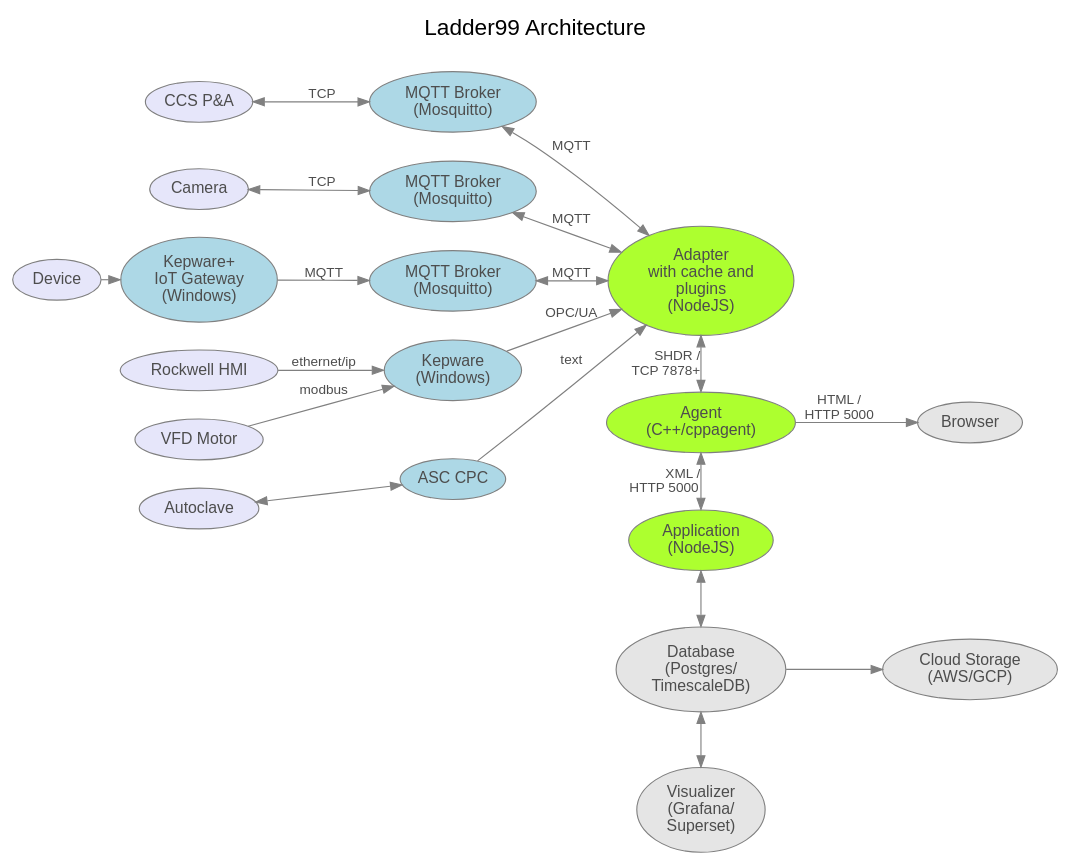
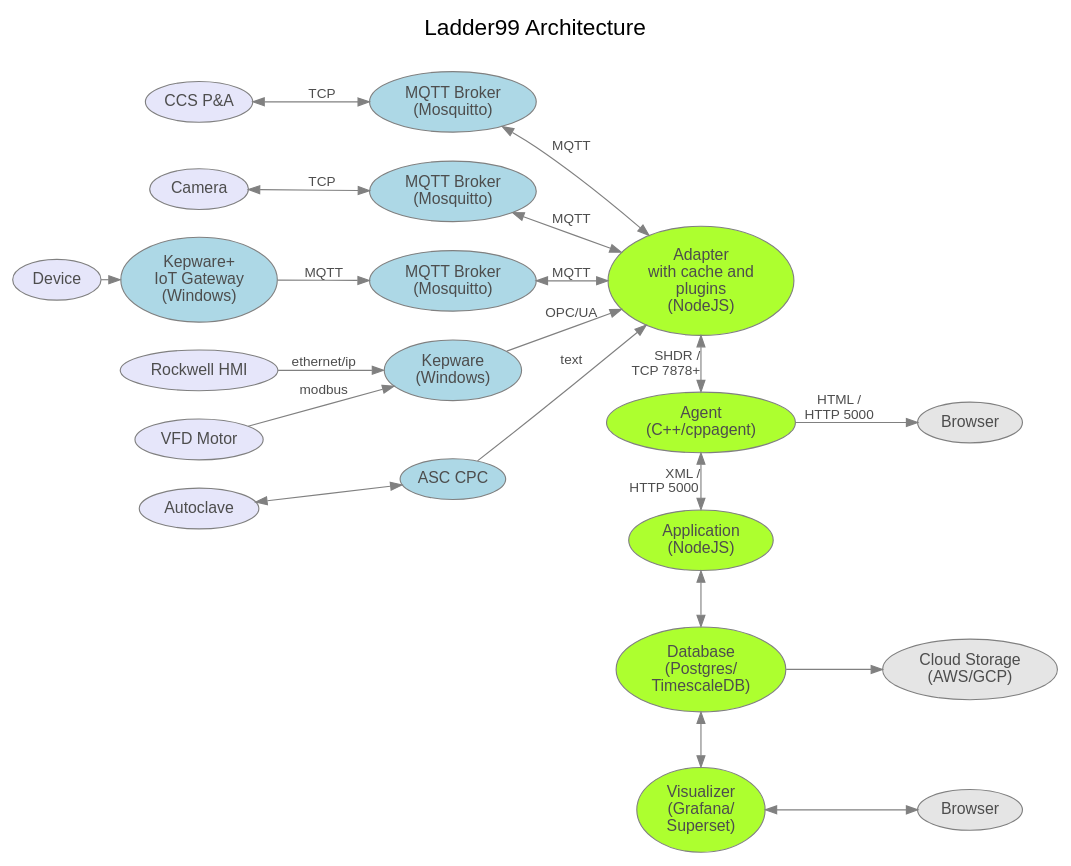
The diagram in design/architecture.dot (Ladder99/ladder99), drawn with Graphviz before and after one commit. The commit also changed 3 other files, not shown here.

```diff
--- a/design/architecture.dot
+++ b/design/architecture.dot
@@ -1,110 +1,111 @@
 // graphviz diagram
 // colors https://www.graphviz.org/doc/info/colors.html
 
 digraph {
 
   //------------------------------------------------------------------------
   // styles
   //------------------------------------------------------------------------
 
   graph [ label="Ladder99 Architecture\n ", color=lightgray; ];
   graph [ fontsize=20 ];
   graph [ labelloc=t ];
   graph [ ranksep=0.2 ];
   graph [ nodesep=0.35 ];
   graph [ rankdir=LR; ] // left-to-right
   graph [ fontname="sans-serif" ];
 
   node [ color=gray, fillcolor=white, style=filled ];
   node [ fontname="sans-serif", fontcolor=gray30 ];
 
   edge [ color=gray ];
   edge [ fontsize=12, fontcolor=gray30 ];
   edge [ fontname="sans-serif" ];
 
 
   //------------------------------------------------------------------------
   // nodes
   //------------------------------------------------------------------------
 
   // devices
   PA [ fillcolor=lavender, label="CCS P&A" ];
   HMI [ fillcolor=lavender, label="Rockwell HMI" ];
   Motor [ fillcolor=lavender, label="VFD Motor" ];
   OldMachine3 [ fillcolor=lavender, label="Device" ];
   Camera [ fillcolor=lavender, label="Camera" ];
   Autoclave [ fillcolor=lavender, label="Autoclave" ];
   // OldMachine1 [ fillcolor=lavender, label="Old Machine 1" ];
 
   // intermediaries
   Broker1 [ fillcolor=lightblue, label="MQTT Broker\n(Mosquitto)" ];
   Broker3 [ fillcolor=lightblue, label="MQTT Broker\n(Mosquitto)" ];
   Broker4 [ fillcolor=lightblue, label="MQTT Broker\n(Mosquitto)" ];
   Kepware1 [ fillcolor=lightblue, label="Kepware\n(Windows)"];
   Kepware2 [ fillcolor=lightblue, label="Kepware+\nIoT Gateway\n(Windows)"];
   CPC [ fillcolor=lightblue, label="ASC CPC" ];
   // PLC4X [ fillcolor=lightblue, label="PLC4X\n(Java)" ];
 
   // mtconnect
   Adapter [ fillcolor=greenyellow, label="Adapter\nwith cache and\nplugins\n(NodeJS)" ];
   Agent [ fillcolor=greenyellow, label="Agent\n(C++/cppagent)" ];
   Application [ fillcolor=greenyellow, label="Application\n(NodeJS)" ];
 
   // diode
   // DiodeSender [ label="Diode Sender\n(Java+RabbitMQ)" ];
   // DiodeReceiver [ label="Diode Receiver\n(Java+RabbitMQ)" ];
 
   // applications
-  Database [ fillcolor=gray90, label="Database\n(Postgres/\nTimescaleDB)" ];
-  Visualizer [ fillcolor=gray90, label="Visualizer\n(Grafana/\nSuperset)" ];
+  Database [ fillcolor=greenyellow, label="Database\n(Postgres/\nTimescaleDB)" ];
+  Visualizer [ fillcolor=greenyellow, label="Visualizer\n(Grafana/\nSuperset)" ];
   Cloud [ fillcolor=gray90, label="Cloud Storage\n(AWS/GCP)" ];
   Browser [ fillcolor=gray90 ];
+  Browser2 [ fillcolor=gray90, label="Browser" ];
   // LOI [ fillcolor=gray90, label="LOI\n(SvelteJS)" ];
 
   // users
   // Admin [ fillcolor=lightyellow ];
   // Operator [ fillcolor=lightyellow ];
 
 
   //------------------------------------------------------------------------
   // edges
   //------------------------------------------------------------------------
 
   PA -> Broker1 [ label="  TCP  ", dir=both ];
   Camera -> Broker3 [ label="  TCP  ", dir=both ];
   Autoclave -> CPC [ dir=both ];
   Broker1 -> Adapter [ label="MQTT", dir=both ];
   Broker3 -> Adapter [ label="MQTT", dir=both ];
   Broker4 -> Adapter [ label="MQTT", dir=both ];
   // OldMachine1 -> PLC4X; // [ label="proprietary\nprotocol" ];
   // PLC4X -> Broker3 [ label="" ];
   HMI -> Kepware1 [ label="ethernet/ip" ];
   Motor -> Kepware1 [ label="modbus" ];
   Kepware1 -> Adapter [ label="OPC/UA" ];
   // Kepware2 -> Gateway;
   CPC -> Adapter [ label="text" ];
   // Gateway -> Broker4 [ label="MQTT" ];
   OldMachine3 -> Kepware2;
   Kepware2 -> Broker4 [ label="MQTT" ];
   Adapter -> Agent [ label="SHDR /   \nTCP 7878+         ", dir=both ];
   // Adapter -> DiodeSender [ label="SHDR /   \nTCP 7878      ", dir=both, style=dotted ];
   // DiodeSender -> DiodeReceiver [ label="UDP    ", style=dotted ];
   // DiodeReceiver -> Agent [ label="SHDR /    \nTCP 7878        ", style=dotted ];
   Agent -> Application [ dir=both; label="XML / \nHTTP 5000          " ];
   Agent -> Browser [ label="HTML /\nHTTP 5000" ];
   Application -> Database [ dir=both ];
   Database -> Visualizer [ dir=both ];
   Database -> Cloud;
-  // Visualizer -> Admin [ dir=both ];
+  Visualizer -> Browser2 [ dir=both ];
   // Application -> LOI;
   // LOI -> Operator;
 
 
   //------------------------------------------------------------------------
   // ranks
   //------------------------------------------------------------------------
 
   { rank=same; Adapter Agent Application Database Visualizer };
   // { rank=same; DiodeSender DiodeReceiver Cloud Admin };
   // { rank=same; Cloud Admin };
 }
```
